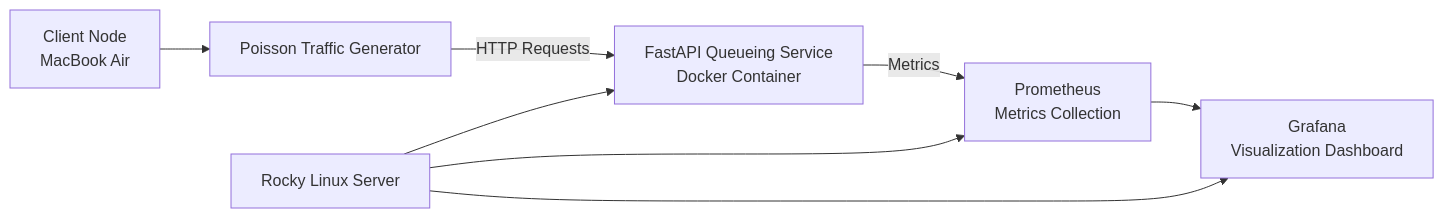
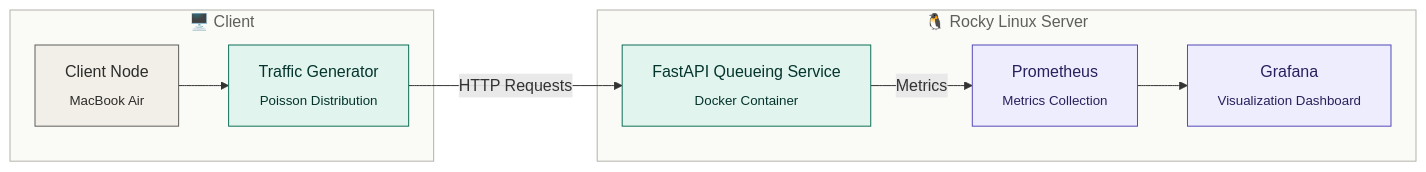
One commit to abidinfra/latency-slo-capacity-planning-digital-twin-queuing-theory changed the diagram in README.md. Above: the diagram before and after it, drawn with Mermaid. The commit also changed other lines of this file, not shown here.

````diff
--- a/README.md
+++ b/README.md
@@ -9,24 +7,29 @@
 ```mermaid
 flowchart LR
+    subgraph client["🖥️  Client"]
+        Client["Client Node<br/><sub>MacBook Air</sub>"]
+        LoadGen["Traffic Generator<br/><sub>Poisson Distribution</sub>"]
+    end
 
-    Client["Client Node<br/>MacBook Air"]
-    LoadGen["Poisson Traffic Generator"]
-
-    Rocky[" Rocky Linux Server"]
-
-    Service["FastAPI Queueing Service<br/>Docker Container"]
-
-    Prom[" Prometheus<br/>Metrics Collection"]
-
-    Graf[" Grafana<br/>Visualization Dashboard"]
+    subgraph server["🐧  Rocky Linux Server"]
+        Service["FastAPI Queueing Service<br/><sub>Docker Container</sub>"]
+        Prom["Prometheus<br/><sub>Metrics Collection</sub>"]
+        Graf["Grafana<br/><sub>Visualization Dashboard</sub>"]
+    end
 
     Client --> LoadGen
     LoadGen -->|HTTP Requests| Service
-
-    Rocky --> Service
-    Rocky --> Prom
-    Rocky --> Graf
-
     Service -->|Metrics| Prom
     Prom --> Graf
+
+    classDef hardware fill:#F1EFE8,stroke:#5F5E5A,stroke-width:1px,color:#2C2C2A;
+    classDef app fill:#E1F5EE,stroke:#0F6E56,stroke-width:1px,color:#04342C;
+    classDef obs fill:#EEEDFE,stroke:#534AB7,stroke-width:1px,color:#26215C;
+
+    class Client hardware;
+    class LoadGen,Service app;
+    class Prom,Graf obs;
+
+    style client fill:#FAFAF7,stroke:#B4B2A9,stroke-width:1px,color:#5F5E5A;
+    style server fill:#FAFAF7,stroke:#B4B2A9,stroke-width:1px,color:#5F5E5A;
 ```
````
